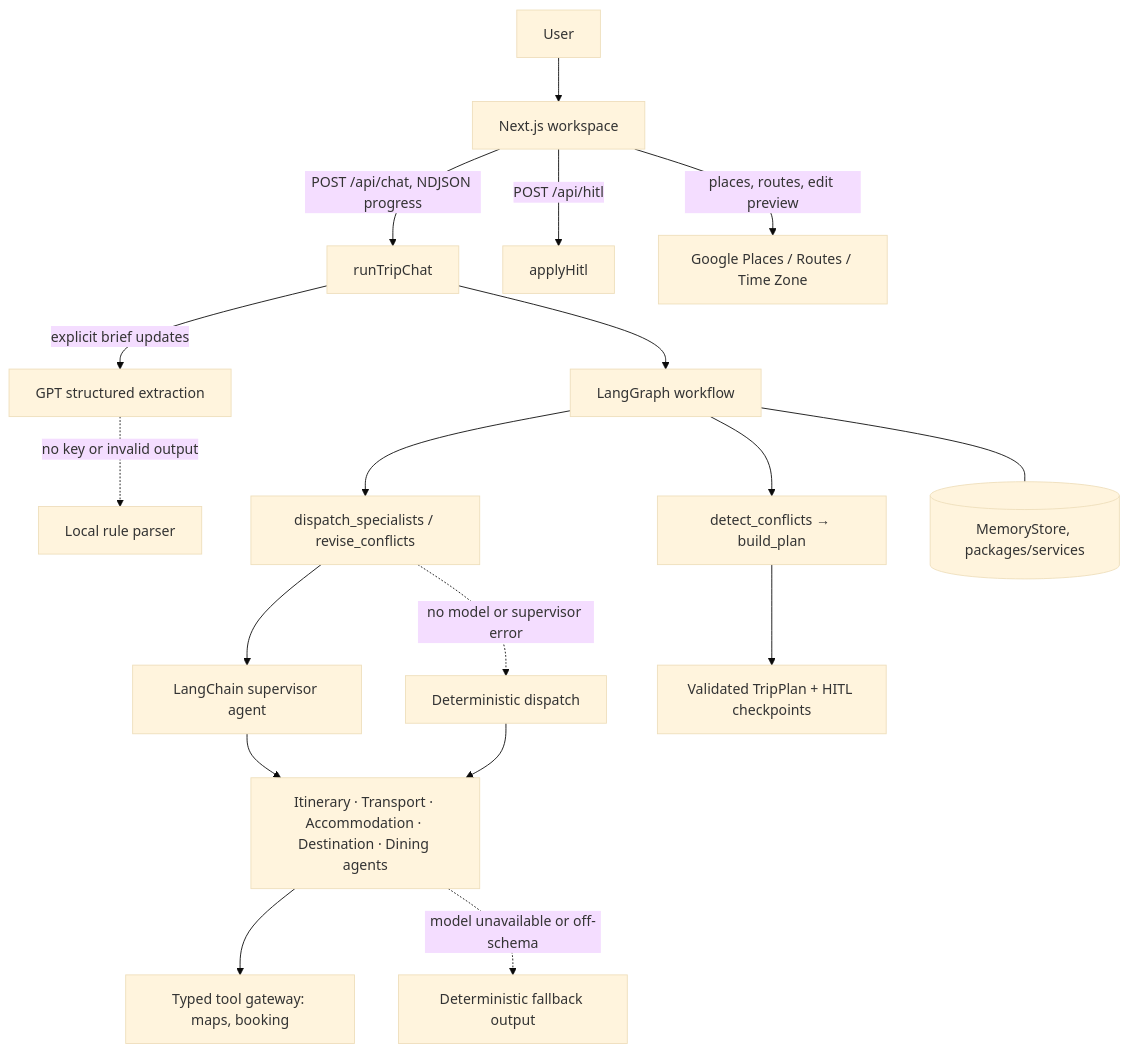
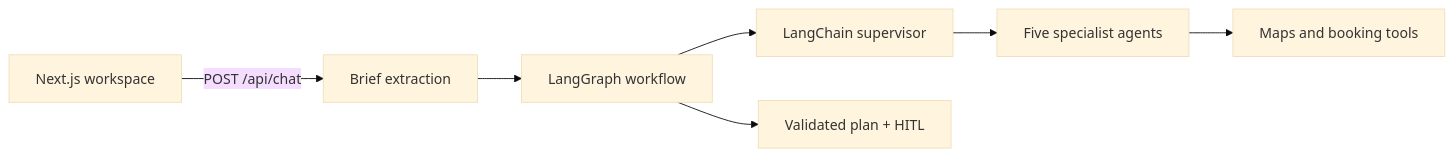
The diagram in README.md (HeadmasterEggy/AI_TRIP_PLANNER), drawn with Mermaid (base theme) before and after one commit. The commit also changed other lines of this file and 23 other files, not shown here.

````diff
--- a/README.md
+++ b/README.md
@@ -35,20 +18,9 @@
 ```mermaid
-flowchart TB
-    U[User] --> UI[Next.js workspace]
-    UI -->|POST /api/chat, NDJSON progress| CHAT[runTripChat]
-    CHAT -->|explicit brief updates| EX[GPT structured extraction]
-    EX -.->|no key or invalid output| LP[Local rule parser]
+flowchart LR
+    UI[Next.js workspace] -->|POST /api/chat| CHAT[Brief extraction]
     CHAT --> WF[LangGraph workflow]
-    WF --> DISPATCH[dispatch_specialists / revise_conflicts]
-    DISPATCH --> SUP[LangChain supervisor agent]
-    DISPATCH -.->|no model or supervisor error| DIRECT[Deterministic dispatch]
-    SUP --> SPEC[Itinerary · Transport · Accommodation · Destination · Dining agents]
-    DIRECT --> SPEC
-    SPEC --> TOOLS[Typed tool gateway: maps, booking]
-    SPEC -.->|model unavailable or off-schema| FB[Deterministic fallback output]
-    WF --> CONF[detect_conflicts → build_plan]
-    WF --- MEM[(MemoryStore, packages/services)]
-    CONF --> PLAN[Validated TripPlan + HITL checkpoints]
-    UI -->|POST /api/hitl| HITL[applyHitl]
-    UI -->|places, routes, edit preview| GOOGLE[Google Places / Routes / Time Zone]
+    WF --> SUP[LangChain supervisor]
+    SUP --> SPEC[Five specialist agents]
+    SPEC --> TOOLS[Maps and booking tools]
+    WF --> PLAN[Validated plan + HITL]
 ```
````
